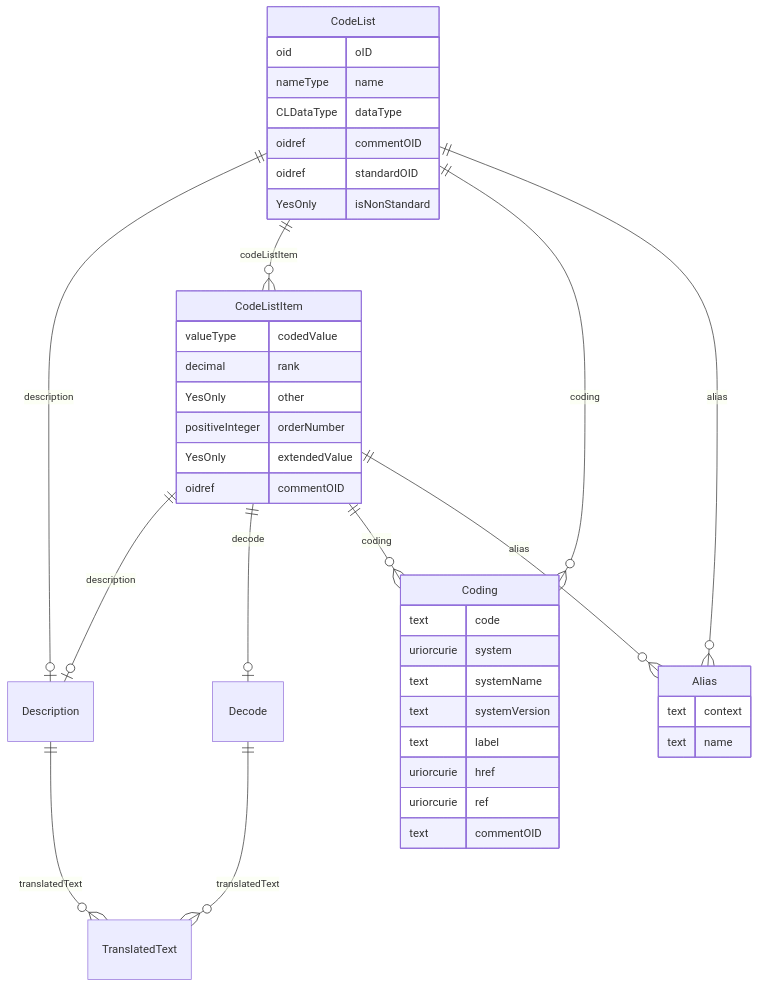
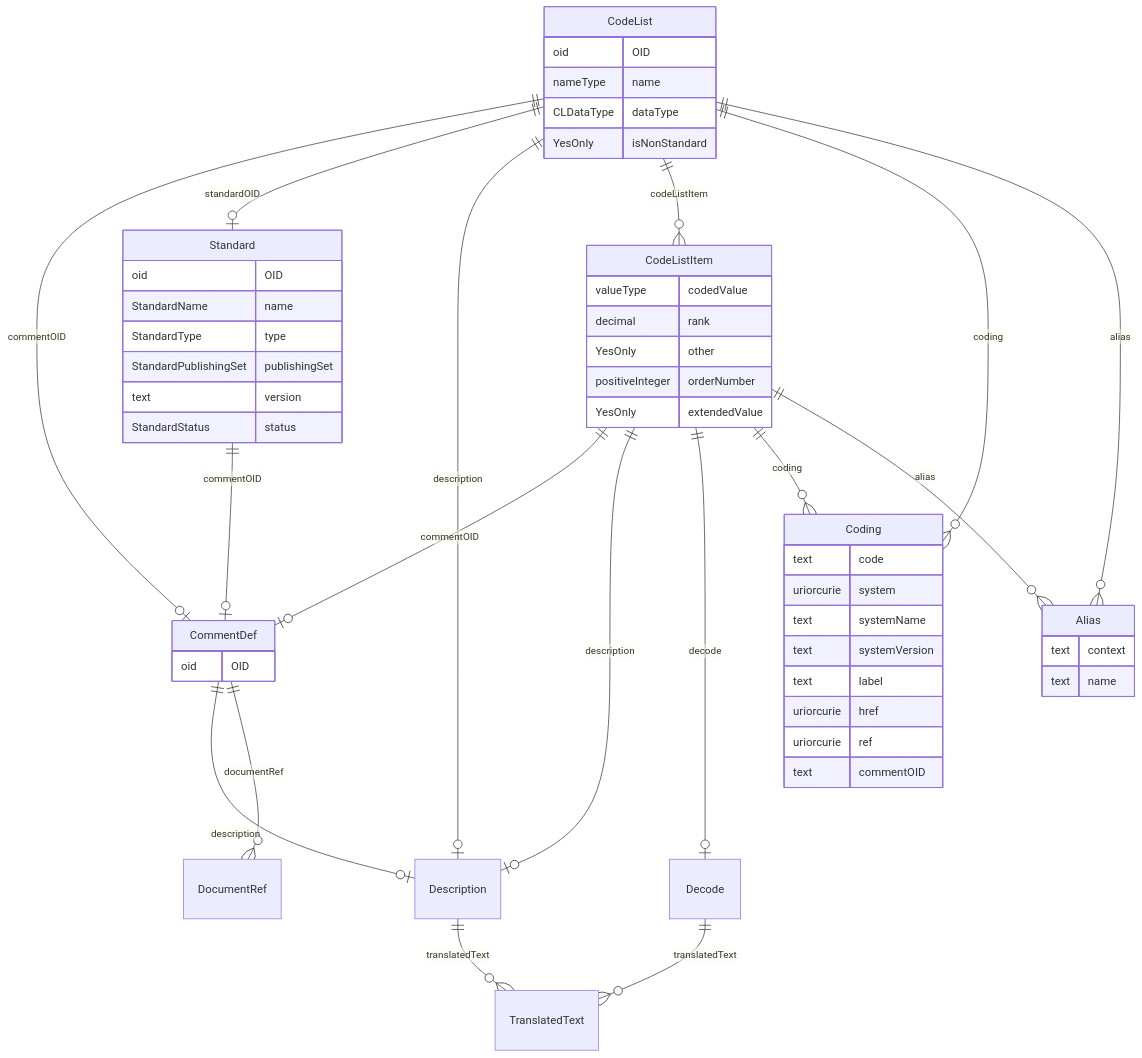
The diagram in docs/CodeList.md (cdisc-org/DataExchange-ODM-LinkML), drawn with Mermaid before and after one commit. The commit also changed other lines of this file and 338 other files, not shown here.

Commit message:
improved references by detecting targets for oidref type slots

````diff
--- a/docs/CodeList.md
+++ b/docs/CodeList.md
@@ -11,51 +11,65 @@
 ```mermaid
 erDiagram
 CodeList {
-    oid oID  
+    oid OID  
     nameType name  
     CLDataType dataType  
-    oidref commentOID  
-    oidref standardOID  
     YesOnly isNonStandard  
 }
 Alias {
     text context  
     text name  
 }
 Coding {
     text code  
     uriorcurie system  
     text systemName  
     text systemVersion  
     text label  
     uriorcurie href  
     uriorcurie ref  
     text commentOID  
 }
 CodeListItem {
     valueType codedValue  
     decimal rank  
     YesOnly other  
     positiveInteger orderNumber  
     YesOnly extendedValue  
-    oidref commentOID  
 }
 Decode {
 
 }
 Description {
 
 }
+CommentDef {
+    oid OID  
+}
+Standard {
+    oid OID  
+    StandardName name  
+    StandardType type  
+    StandardPublishingSet publishingSet  
+    text version  
+    StandardStatus status  
+}
 
+CodeList ||--|o CommentDef : "commentOID"
+CodeList ||--|o Standard : "standardOID"
 CodeList ||--|o Description : "description"
 CodeList ||--}o CodeListItem : "codeListItem"
 CodeList ||--}o Coding : "coding"
 CodeList ||--}o Alias : "alias"
+CodeListItem ||--|o CommentDef : "commentOID"
 CodeListItem ||--|o Description : "description"
 CodeListItem ||--|o Decode : "decode"
 CodeListItem ||--}o Coding : "coding"
 CodeListItem ||--}o Alias : "alias"
 Decode ||--}o TranslatedText : "translatedText"
 Description ||--}o TranslatedText : "translatedText"
+CommentDef ||--|o Description : "description"
+CommentDef ||--}o DocumentRef : "documentRef"
+Standard ||--|o CommentDef : "commentOID"
 
 ```
````
